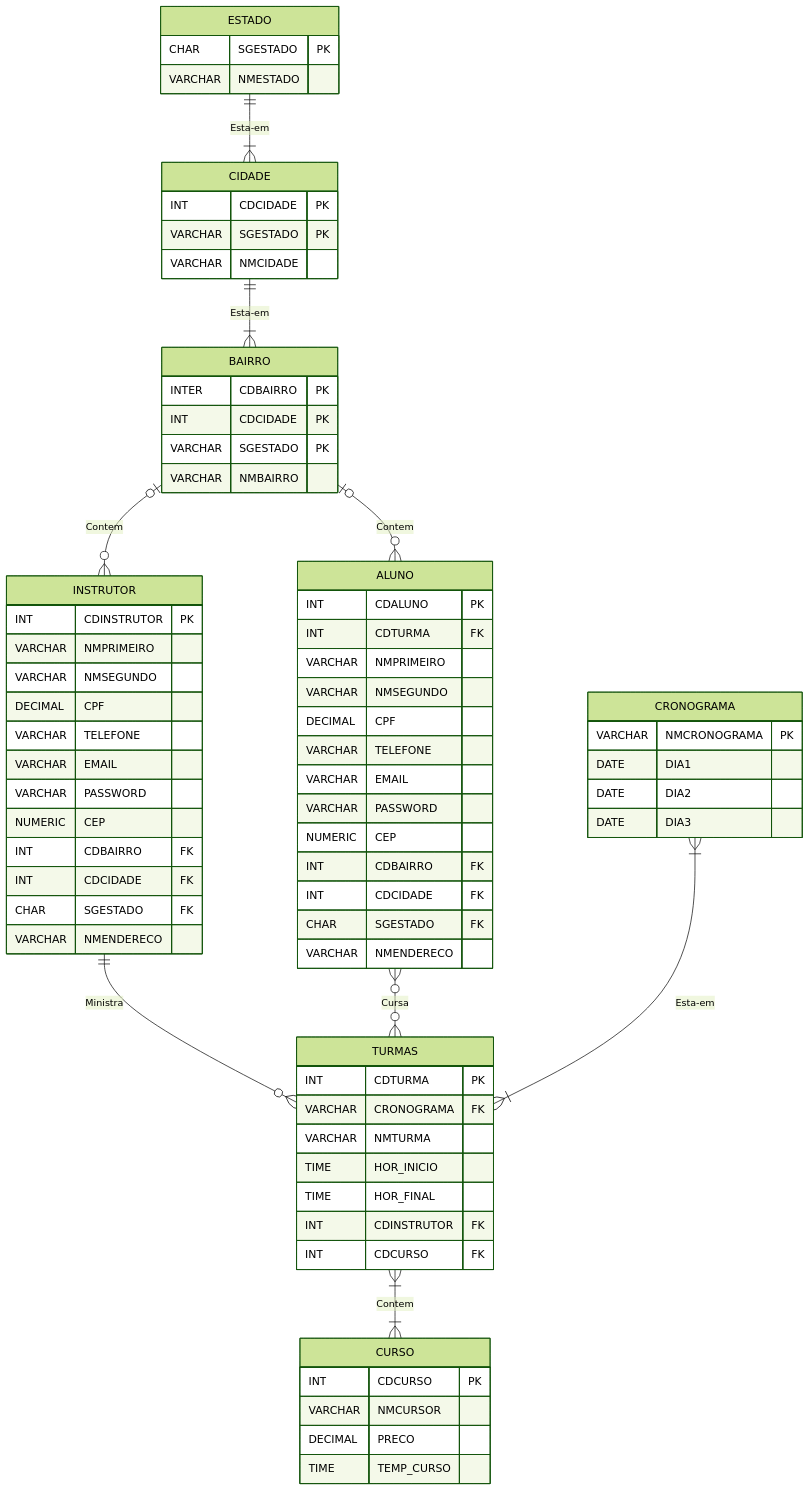
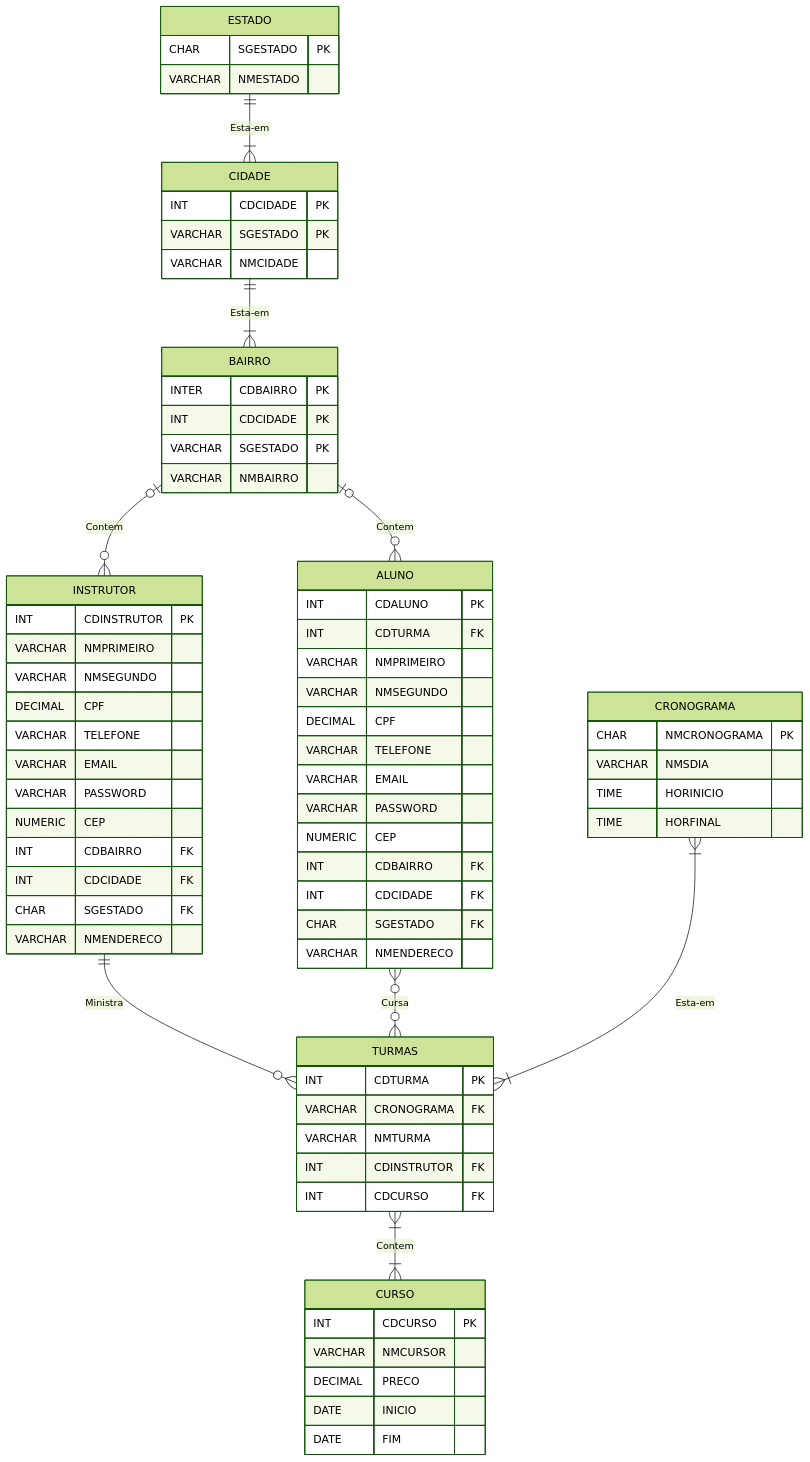
Before and after one commit to marcg-dev/SQLCursoPratico: diagram 11 of 13 in pages/Cap2.md, drawn with Mermaid (forest theme). The commit also changed other lines of this file and 1 other file, not shown here.

````diff
--- a/pages/Cap2.md
+++ b/pages/Cap2.md
@@ -328,76 +375,75 @@
 ```mermaid
     erDiagram
     INSTRUTOR ||--o{ TURMAS : Ministra
     INSTRUTOR{
         INT CDINSTRUTOR PK
         VARCHAR NMPRIMEIRO
         VARCHAR NMSEGUNDO
         DECIMAL CPF
         VARCHAR TELEFONE
         VARCHAR EMAIL
         VARCHAR PASSWORD
         NUMERIC CEP
         INT CDBAIRRO FK
         INT CDCIDADE FK
         CHAR SGESTADO FK
         VARCHAR NMENDERECO
     }
     ALUNO }o--o{ TURMAS : Cursa
     ALUNO{
         INT CDALUNO PK
         INT CDTURMA FK
         VARCHAR NMPRIMEIRO
         VARCHAR NMSEGUNDO
         DECIMAL CPF
         VARCHAR TELEFONE
         VARCHAR EMAIL
         VARCHAR PASSWORD
         NUMERIC CEP
         INT CDBAIRRO FK
         INT CDCIDADE FK
         CHAR SGESTADO FK
         VARCHAR NMENDERECO
     }
     TURMAS }|--|{ CURSO : Contem
     TURMAS{
         INT CDTURMA PK
         VARCHAR CRONOGRAMA FK
         VARCHAR NMTURMA
-        TIME HOR_INICIO
-        TIME HOR_FINAL
         INT CDINSTRUTOR FK
         INT CDCURSO FK
     }
     CURSO{
         INT CDCURSO PK
         VARCHAR NMCURSOR
         DECIMAL PRECO
-        TIME TEMP_CURSO
+        DATE INICIO
+        DATE FIM
     }
     CRONOGRAMA }|--|{ TURMAS : Esta-em
     CRONOGRAMA{
-        VARCHAR NMCRONOGRAMA PK
-        DATE DIA1
-        DATE DIA2
-        DATE DIA3
+        CHAR NMCRONOGRAMA PK
+        VARCHAR NMSDIA
+        TIME HORINICIO
+        TIME HORFINAL
     }
     ESTADO ||--|{ CIDADE : Esta-em
     ESTADO {
         CHAR SGESTADO PK
         VARCHAR NMESTADO
     }
     CIDADE ||--|{ BAIRRO : Esta-em
     CIDADE {
         INT CDCIDADE PK
         VARCHAR SGESTADO PK
         VARCHAR NMCIDADE
     }
     BAIRRO |o--o{ INSTRUTOR : Contem
     BAIRRO |o--o{ ALUNO : Contem
     BAIRRO {
         INTER CDBAIRRO PK
         INT CDCIDADE PK
         VARCHAR SGESTADO PK
         VARCHAR NMBAIRRO
     }
 ```
````
